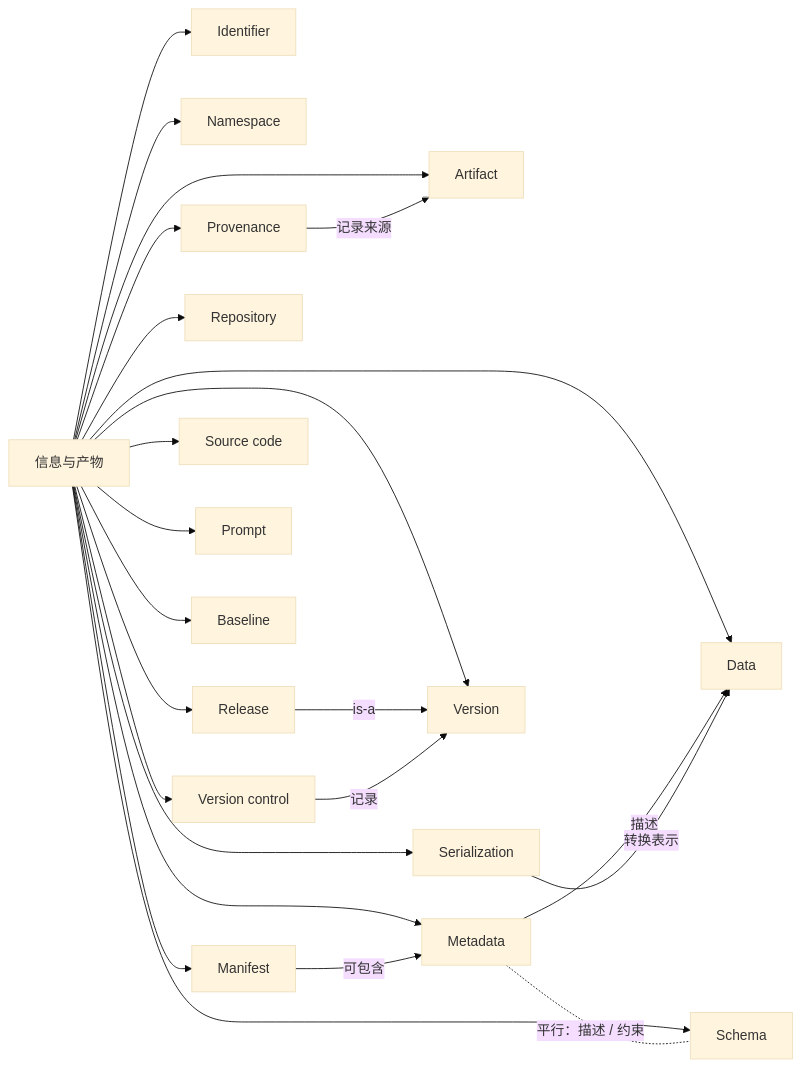
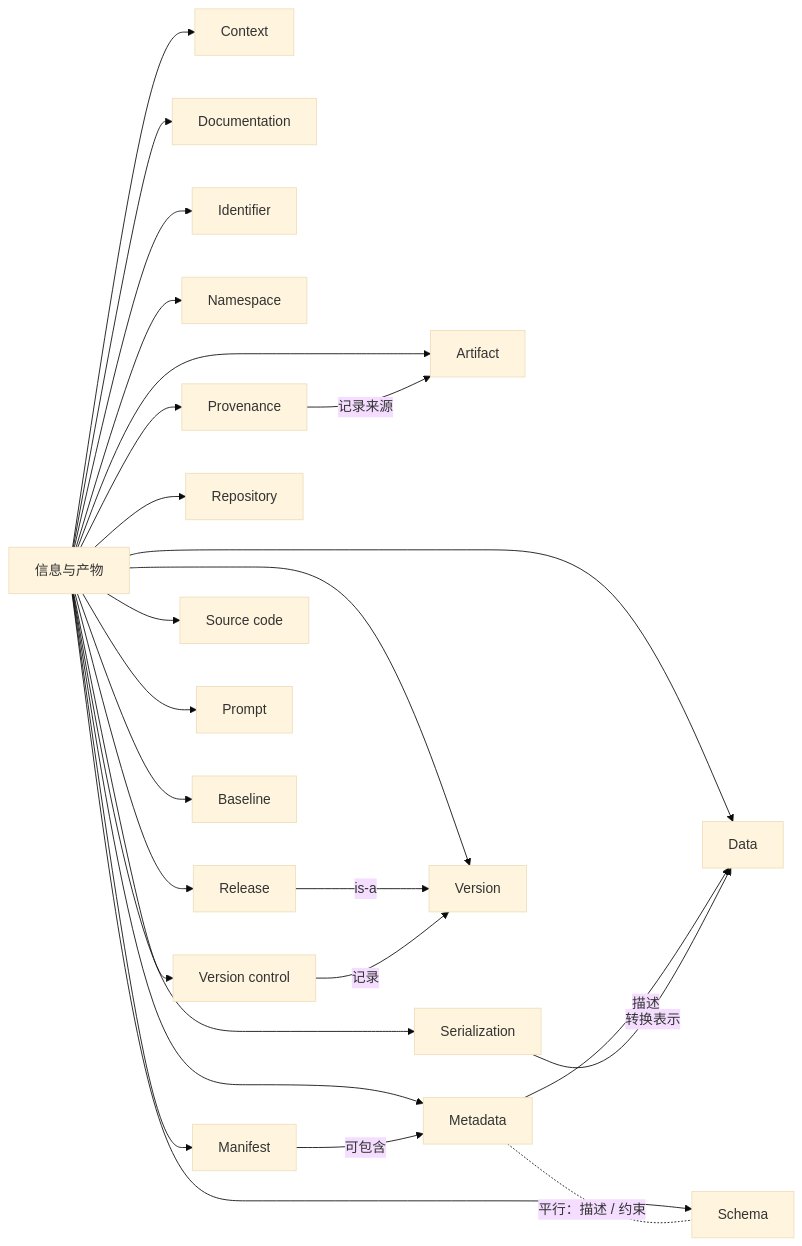
The third of 5 diagrams in dictionary/taxonomy.md (bojuewang/engineering-dictionary), drawn with Mermaid (base theme) before and after one commit. The commit also changed other lines of this file and 17 other files, not shown here.

````diff
--- a/dictionary/taxonomy.md
+++ b/dictionary/taxonomy.md
@@ -97,27 +105,29 @@
 ```mermaid
 flowchart LR
     category["信息与产物"]
     category --> artifact["Artifact"]
+    category --> context["Context"]
+    category --> documentation["Documentation"]
     category --> identifier["Identifier"]
     category --> namespace["Namespace"]
     category --> metadata["Metadata"]
     category --> schema["Schema"]
     category --> manifest["Manifest"]
     category --> provenance["Provenance"]
     category --> repository["Repository"]
     category --> version["Version"]
     category --> release["Release"]
     category --> version_control["Version control"]
     category --> data["Data"]
     category --> serialization["Serialization"]
     category --> source_code["Source code"]
     category --> prompt["Prompt"]
     category --> baseline["Baseline"]
     metadata -->|描述| data
     manifest -->|可包含| metadata
     provenance -->|记录来源| artifact
     release -->|is-a| version
     version_control -->|记录| version
     serialization -->|转换表示| data
     metadata -. 平行：描述 / 约束 .- schema
 ```
````
